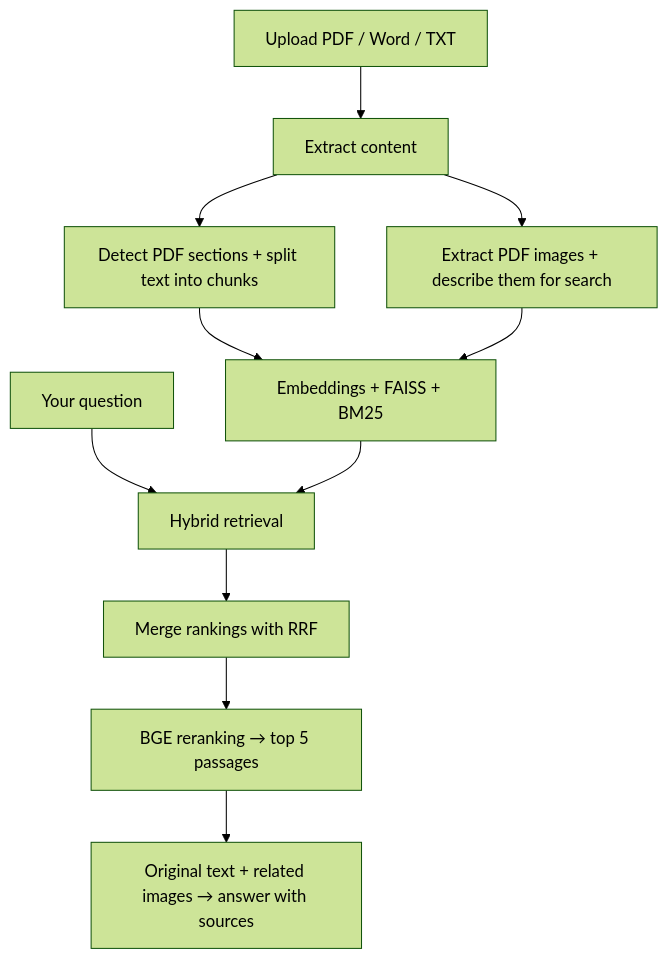
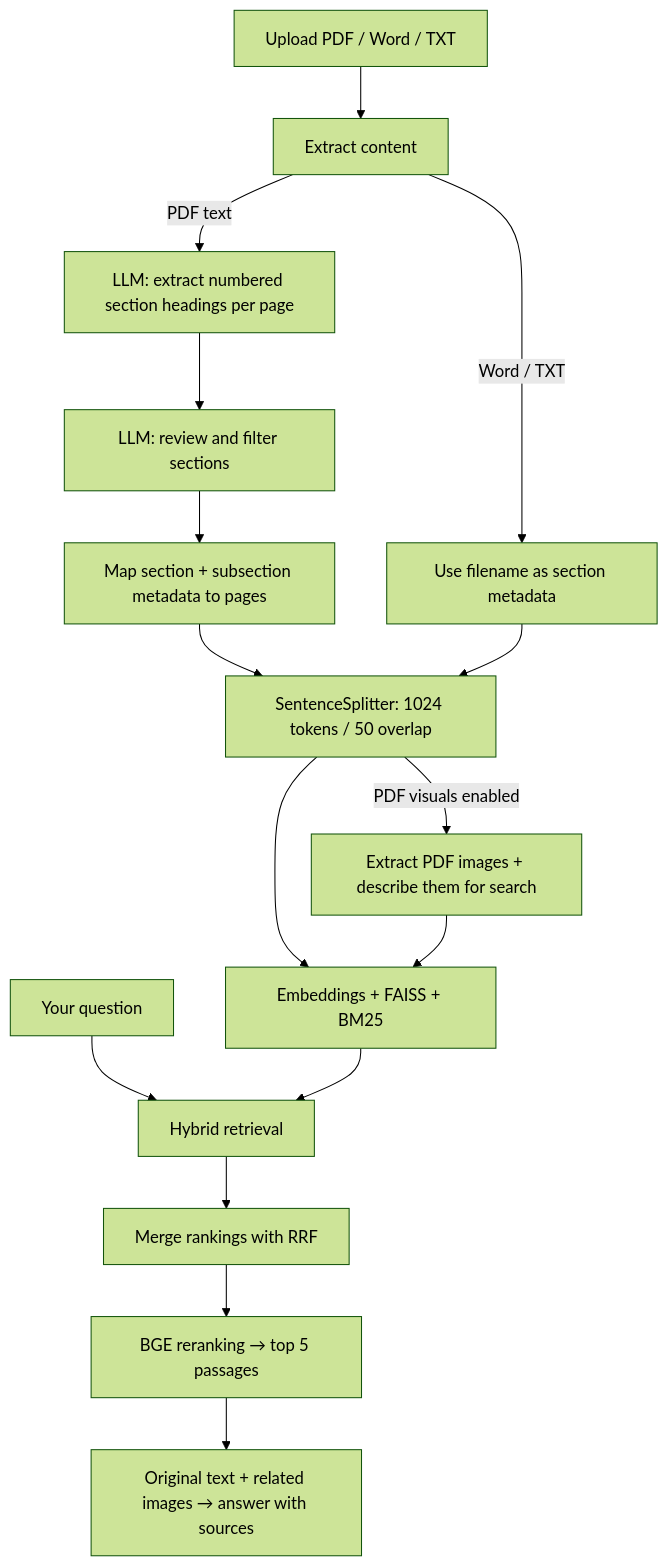
The diagram in README.md (HUSSAMX7/Advanced_RAG), drawn with Mermaid (forest theme) before and after one commit. The commit also changed other lines of this file and 1 other file, not shown here.

Commit message:
docs: detail PDF section review and metadata-aware sentence splitting

````diff
--- a/README.md
+++ b/README.md
@@ -19,13 +19,18 @@
 ```mermaid
 flowchart TD
     A["Upload PDF / Word / TXT"] --> B["Extract content"]
-    B --> C["Detect PDF sections + split text into chunks"]
-    C --> D["Embeddings + FAISS + BM25"]
-    B --> V["Extract PDF images + describe them for search"]
+    B -- PDF text --> C["LLM: extract numbered section headings per page"]
+    C --> R["LLM: review and filter sections"]
+    R --> M["Map section + subsection metadata to pages"]
+    B -- Word / TXT --> W["Use filename as section metadata"]
+    M --> S["SentenceSplitter: 1024 tokens / 50 overlap"]
+    W --> S
+    S --> D["Embeddings + FAISS + BM25"]
+    S -- PDF visuals enabled --> V["Extract PDF images + describe them for search"]
     V --> D
     Q["Your question"] --> E["Hybrid retrieval"]
     D --> E
     E --> F["Merge rankings with RRF"]
     F --> G["BGE reranking → top 5 passages"]
     G --> H["Original text + related images → answer with sources"]
 ```
````
